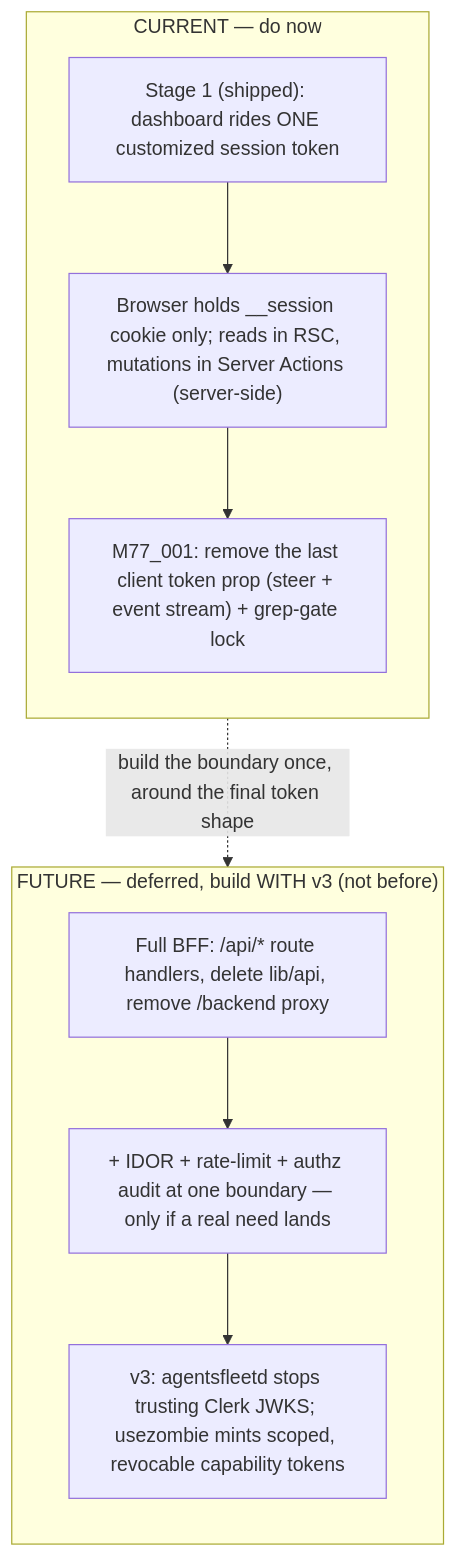
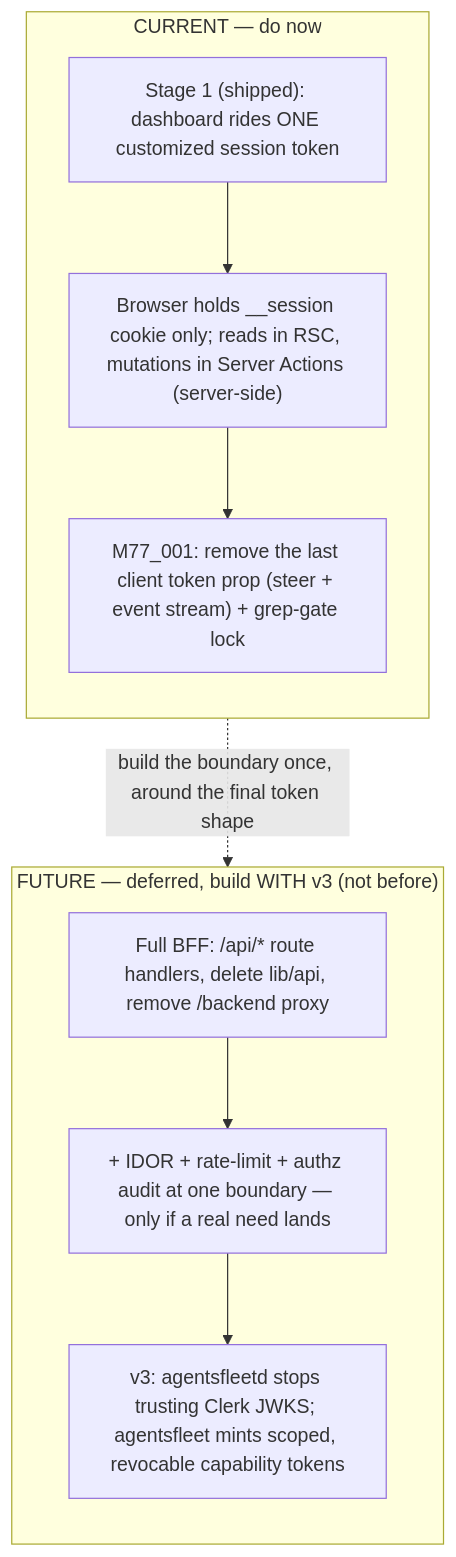
Before and after one commit to agentsfleet/agentsfleet: the seventh of 9 diagrams in docs/AUTH.md, drawn with Mermaid. The commit also changed other lines of this file and 209 other files, not shown here.

````diff
--- a/docs/AUTH.md
+++ b/docs/AUTH.md
@@ -470,18 +470,18 @@
 ```mermaid
 flowchart TB
     subgraph NOW["CURRENT — do now"]
         direction TB
         C1["Stage 1 (shipped): dashboard rides ONE customized session token"]
         C2["Browser holds __session cookie only; reads in RSC, mutations in Server Actions (server-side)"]
         C3["M77_001: remove the last client token prop (steer + event stream) + grep-gate lock"]
         C1 --> C2 --> C3
     end
     subgraph FUT["FUTURE — deferred, build WITH v3 (not before)"]
         direction TB
         F1["Full BFF: /api/* route handlers, delete lib/api, remove /backend proxy"]
         F2["+ IDOR + rate-limit + authz audit at one boundary — only if a real need lands"]
-        F3["v3: agentsfleetd stops trusting Clerk JWKS; usezombie mints scoped, revocable capability tokens"]
+        F3["v3: agentsfleetd stops trusting Clerk JWKS; agentsfleet mints scoped, revocable capability tokens"]
         F1 --> F2 --> F3
     end
     C3 -.->|"build the boundary once, around the final token shape"| F1
 ```
````
